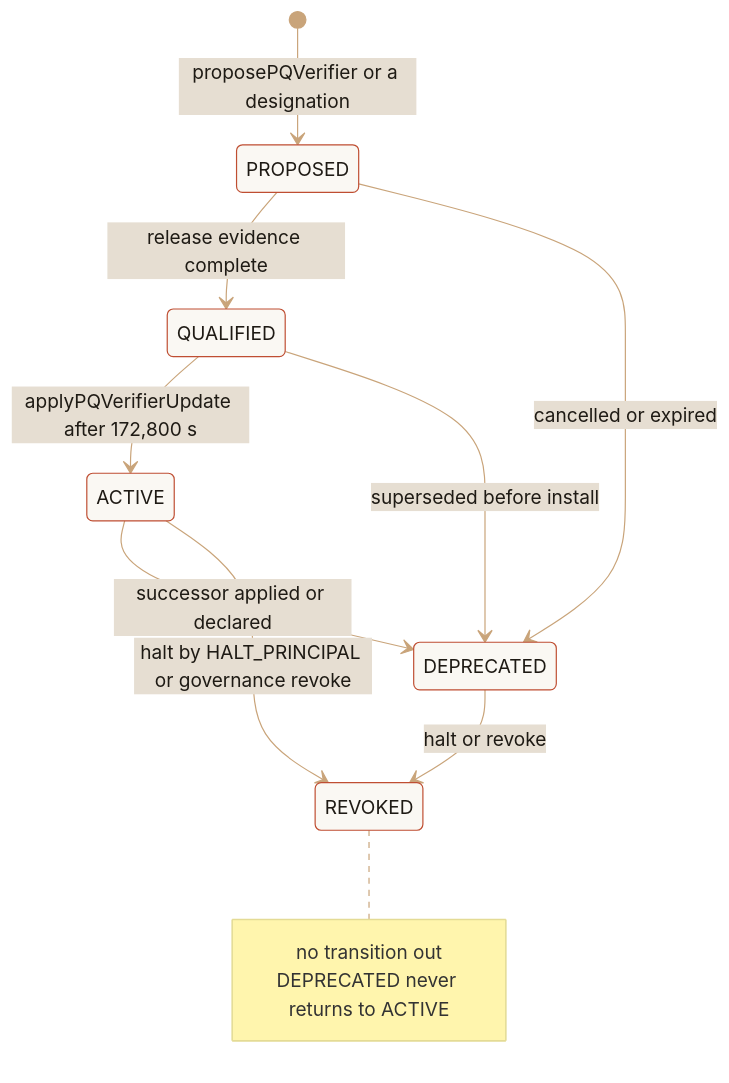
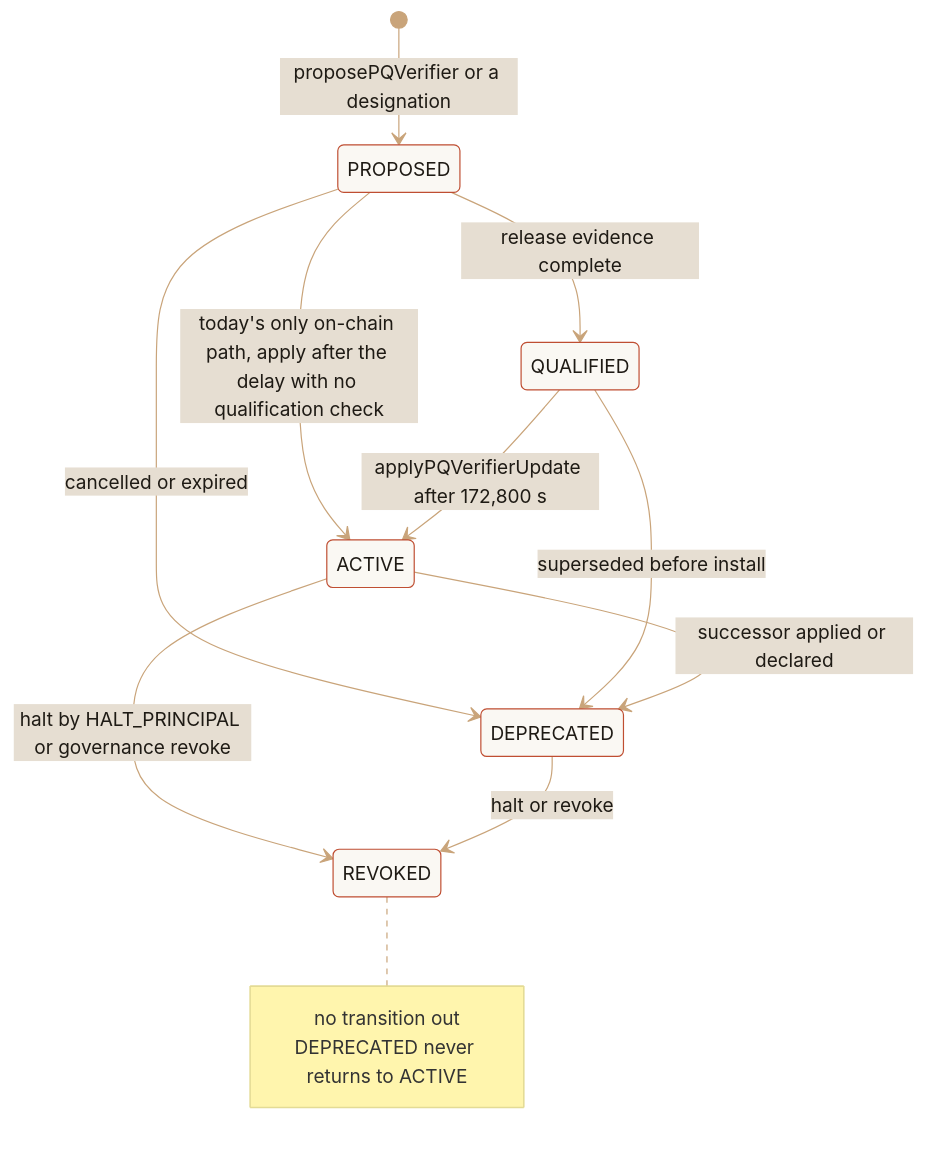
Before and after one commit to Wallet-Wall/walletwall-vault: the second of 2 diagrams in docs/SP1_Production_Binding_Design.md, drawn with Mermaid. The commit also changed other lines of this file and 4 other files, not shown here.

````diff
--- a/docs/SP1_Production_Binding_Design.md
+++ b/docs/SP1_Production_Binding_Design.md
@@ -369,16 +420,17 @@
 ```mermaid
 %%{init: {"theme": "base", "themeVariables": {"primaryColor": "#FAF8F3", "primaryTextColor": "#1E1A14", "primaryBorderColor": "#BF4E32", "lineColor": "#C9A47A", "secondaryColor": "#E6DED2", "tertiaryColor": "#FAF8F3"}}}%%
 stateDiagram-v2
     [*] --> PROPOSED: proposePQVerifier or a designation
     PROPOSED --> QUALIFIED: release evidence complete
+    PROPOSED --> ACTIVE: today's only on-chain path, apply after the delay with no qualification check
     PROPOSED --> DEPRECATED: cancelled or expired
     QUALIFIED --> ACTIVE: applyPQVerifierUpdate after 172,800 s
     QUALIFIED --> DEPRECATED: superseded before install
     ACTIVE --> DEPRECATED: successor applied or declared
     ACTIVE --> REVOKED: halt by HALT_PRINCIPAL or governance revoke
     DEPRECATED --> REVOKED: halt or revoke
     note right of REVOKED
         no transition out
         DEPRECATED never returns to ACTIVE
     end note
 ```
````
